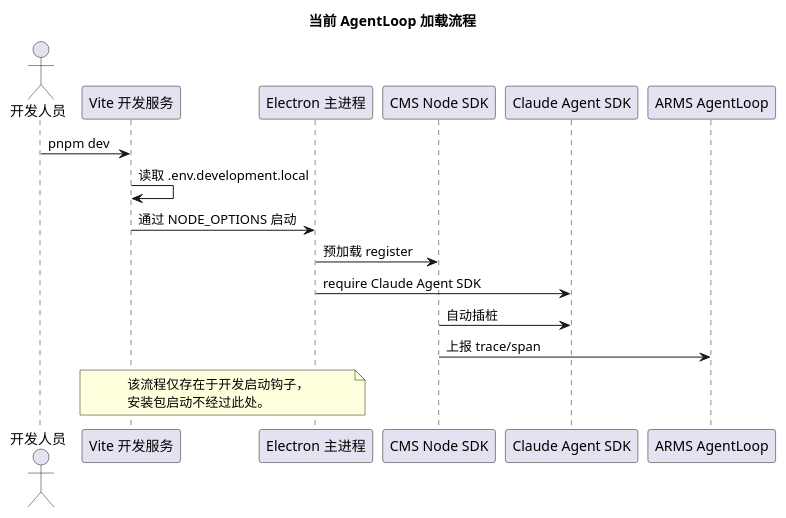
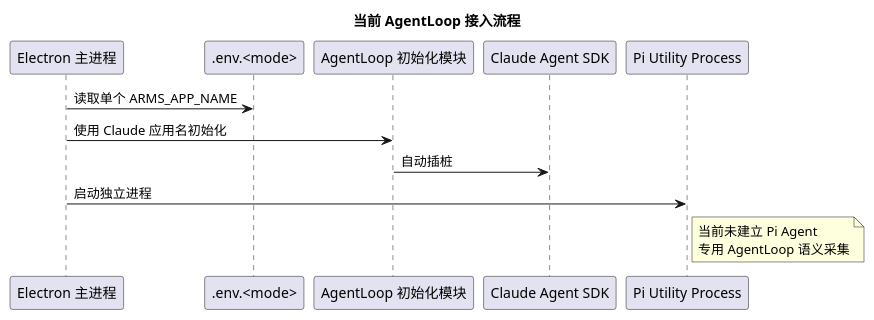
Before and after one commit to snecjk/sclaw: the first of 2 diagrams in 系统分析文档.md, drawn with PlantUML. The commit also changed other lines of this file and 5 other files, not shown here.

````diff
--- a/系统分析文档.md
+++ b/系统分析文档.md
@@ -34,24 +27,19 @@
 ```plantuml
 @startuml
-title 当前 AgentLoop 加载流程
-actor 开发人员
-participant "Vite 开发服务" as Vite
+title 当前 AgentLoop 接入流程
 participant "Electron 主进程" as Main
-participant "CMS Node SDK" as CMS
+participant ".env.<mode>" as Env
+participant "AgentLoop 初始化模块" as AgentLoop
 participant "Claude Agent SDK" as Claude
-participant "ARMS AgentLoop" as AgentLoop
+participant "Pi Utility Process" as Pi
 
-开发人员 -> Vite: pnpm dev
-Vite -> Vite: 读取 .env.development.local
-Vite -> Main: 通过 NODE_OPTIONS 启动
-Main -> CMS: 预加载 register
-Main -> Claude: require Claude Agent SDK
-CMS -> Claude: 自动插桩
-CMS -> AgentLoop: 上报 trace/span
-
-note over Vite,Main
-该流程仅存在于开发启动钩子，
-安装包启动不经过此处。
+Main -> Env: 读取单个 ARMS_APP_NAME
+Main -> AgentLoop: 使用 Claude 应用名初始化
+AgentLoop -> Claude: 自动插桩
+Main -> Pi: 启动独立进程
+note right of Pi
+当前未建立 Pi Agent
+专用 AgentLoop 语义采集
 end note
 @enduml
 ```
````
